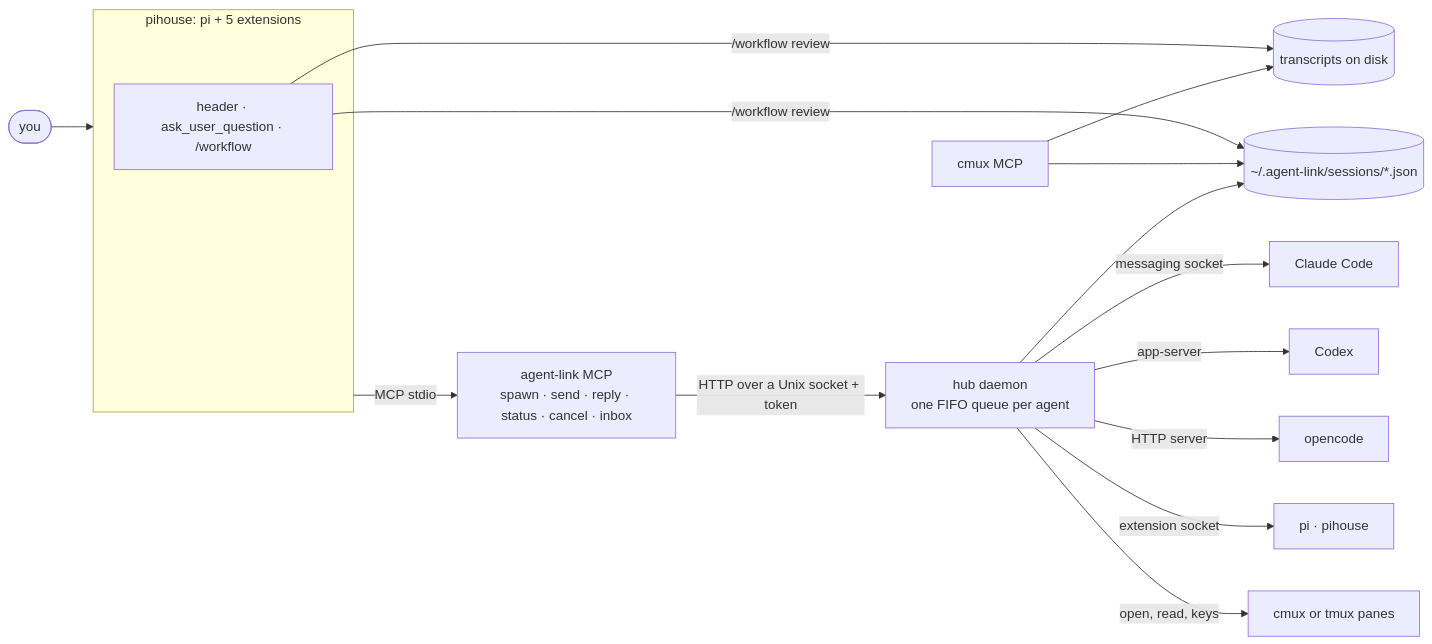
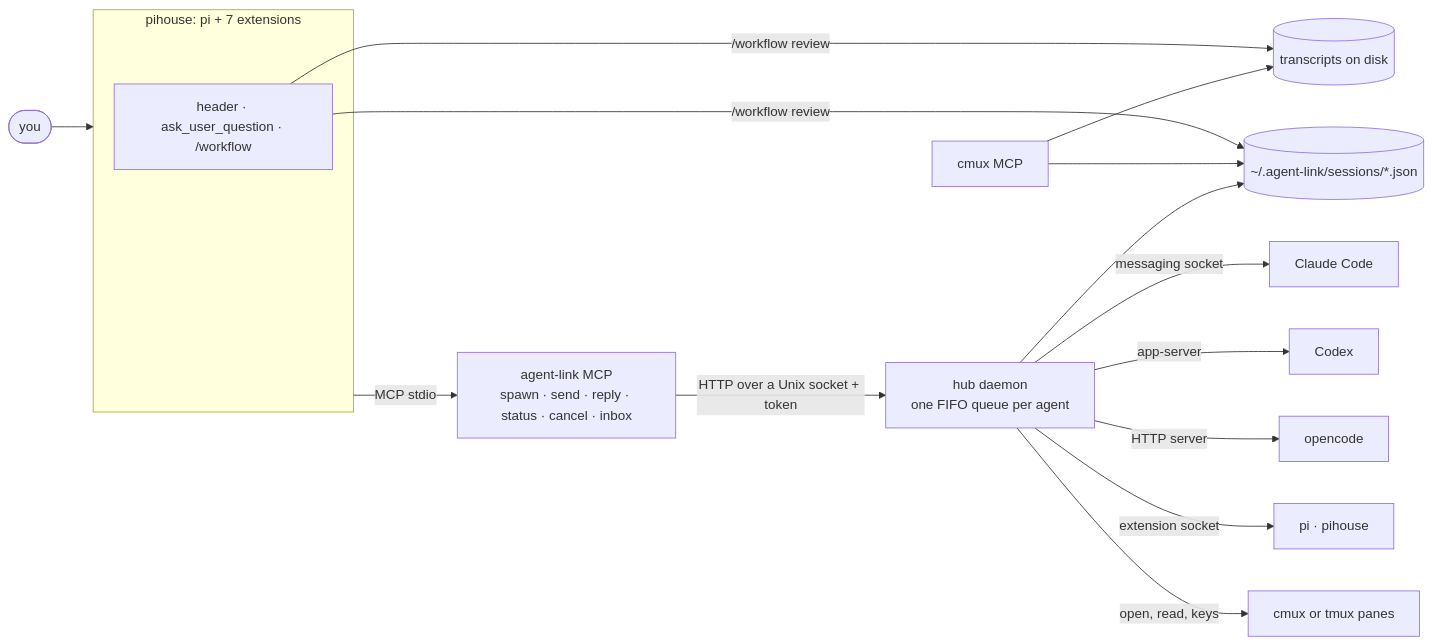
One commit to Jero110/pi-house changed the third of 3 diagrams in README.md. Above: the diagram before and after it, drawn with Mermaid. The commit also changed other lines of this file and 4 other files, not shown here.

````diff
--- a/README.md
+++ b/README.md
@@ -332,19 +364,19 @@
 ```mermaid
 flowchart LR
   you(["you"]) --> pihouse
-  subgraph pihouse["pihouse: pi + 5 extensions"]
+  subgraph pihouse["pihouse: pi + 7 extensions"]
     ext["header · ask_user_question · /workflow"]
   end
   pihouse -- "MCP stdio" --> mcp["agent-link MCP<br/>spawn · send · reply · status · cancel · inbox"]
   mcp -- "HTTP over a Unix socket + token" --> hub["hub daemon<br/>one FIFO queue per agent"]
   hub -- "messaging socket" --> claude["Claude Code"]
   hub -- "app-server" --> codex["Codex"]
   hub -- "HTTP server" --> oc["opencode"]
   hub -- "extension socket" --> piw["pi · pihouse"]
   hub -- "open, read, keys" --> panes["cmux or tmux panes"]
   hub --> journal[("~/.agent-link/sessions/*.json")]
   cmux["cmux MCP"] --> journal
   cmux --> tr[("transcripts on disk")]
   ext -- "/workflow review" --> journal
   ext -- "/workflow review" --> tr
 ```
````
